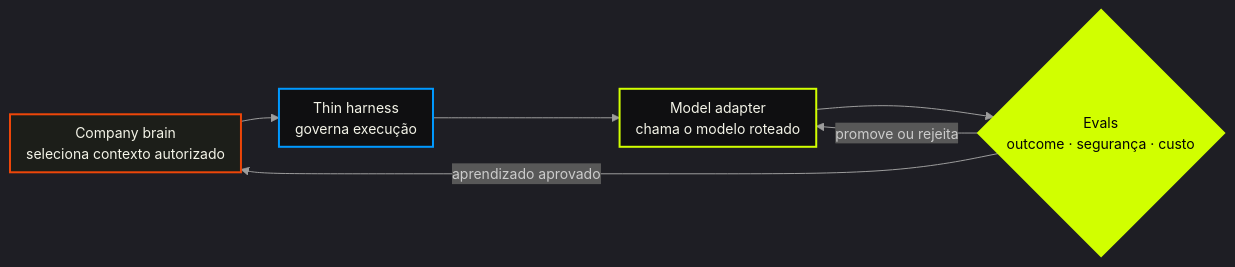
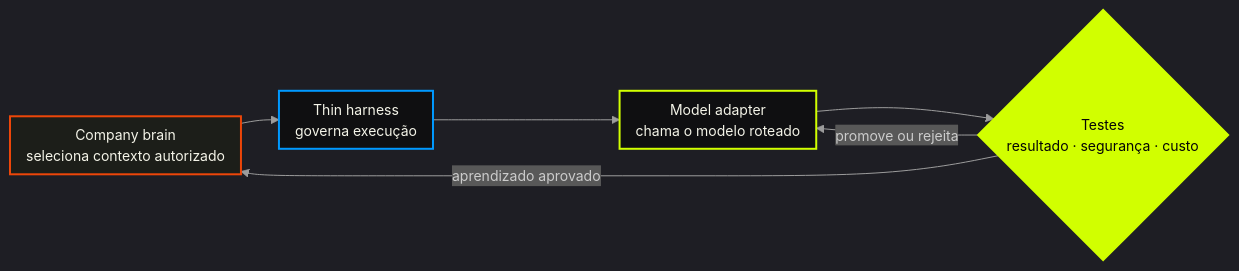
The diagram in cursos/AIOX-Agent-Engineering/aulas/21b-modelos-substituiveis-harness-fino-cerebro-modular.md (rogowski/aiox-advanced-brain), drawn with Mermaid before and after one commit. The commit also changed other lines of this file and 27 other files, not shown here.

Commit message:
feat: expand advanced agent architecture curriculum

````diff
--- a/cursos/AIOX-Agent-Engineering/aulas/21b-modelos-substituiveis-harness-fino-cerebro-modular.md
+++ b/cursos/AIOX-Agent-Engineering/aulas/21b-modelos-substituiveis-harness-fino-cerebro-modular.md
@@ -28,36 +36,36 @@
 ```mermaid
 %%{init: {
   "theme": "dark",
   "flowchart": {
     "curve": "basis",
     "nodeSpacing": 24,
     "rankSpacing": 38,
     "padding": 8,
     "htmlLabels": true,
     "useMaxWidth": true
   },
   "themeVariables": {
     "fontSize": "14px",
     "primaryColor": "#0F0F11",
     "primaryBorderColor": "#D1FF00",
     "primaryTextColor": "#F4F4E8",
     "lineColor": "#9C9C9C"
   }
 }}%%
 flowchart LR
   B["Company brain<br/>seleciona contexto autorizado"]
   H["Thin harness<br/>governa execução"]
   M["Model adapter<br/>chama o modelo roteado"]
-  E{"Evals<br/>outcome · segurança · custo"}
+  E{"Testes<br/>resultado · segurança · custo"}
   B --> H --> M --> E
   E -->|"promove ou rejeita"| M
   E -->|"aprendizado aprovado"| B
 classDef brain fill:#1C1E19,stroke:#ED4609,stroke-width:2px,color:#F4F4E8
 classDef harness fill:#0F0F11,stroke:#0099FF,stroke-width:2px,color:#F4F4E8
 classDef model fill:#0F0F11,stroke:#D1FF00,stroke-width:2px,color:#F4F4E8
 classDef gate fill:#D1FF00,stroke:#D1FF00,stroke-width:2px,color:#050505
   class B brain
   class H harness
   class M model
   class E gate
 ```
````
